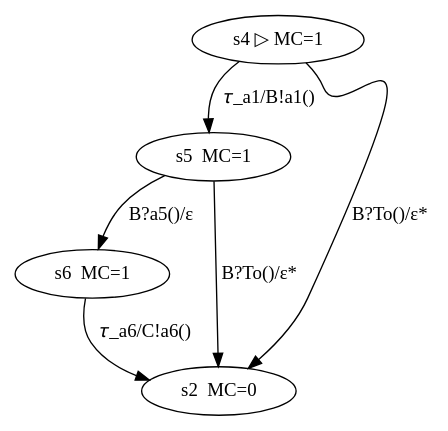
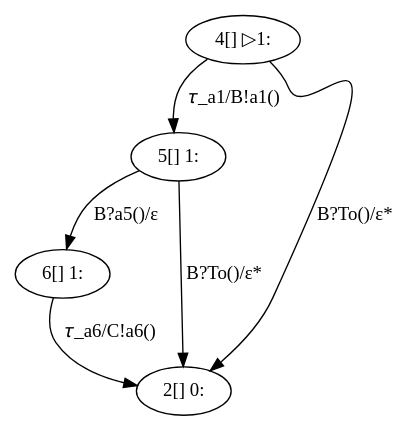
The diagram in generated/Timeout/A.dot (LauraVoinea/scribble-java), drawn with Graphviz before and after one commit. The commit also changed 36 other files, not shown here.

```diff
--- a/generated/Timeout/A.dot
+++ b/generated/Timeout/A.dot
@@ -1,12 +1,12 @@
 digraph G {
 compound = true;
-"4" [ label="s4 ▷ MC=1" ];
-"5" [ label="s5  MC=1" ];
-"6" [ label="s6  MC=1" ];
-"2" [ label="s2  MC=0" ];
+"4" [ label="4[] ▷1:" ];
+"5" [ label="5[] 1:" ];
+"6" [ label="6[] 1:" ];
+"2" [ label="2[] 0:" ];
 "4" -> "2" [ label="B?To()/ε*" ];
 "6" -> "2" [ label="𝜏_a6/C!a6()" ];
 "5" -> "2" [ label="B?To()/ε*" ];
 "4" -> "5" [ label="𝜏_a1/B!a1()" ];
 "5" -> "6" [ label="B?a5()/ε" ];
 }
```
